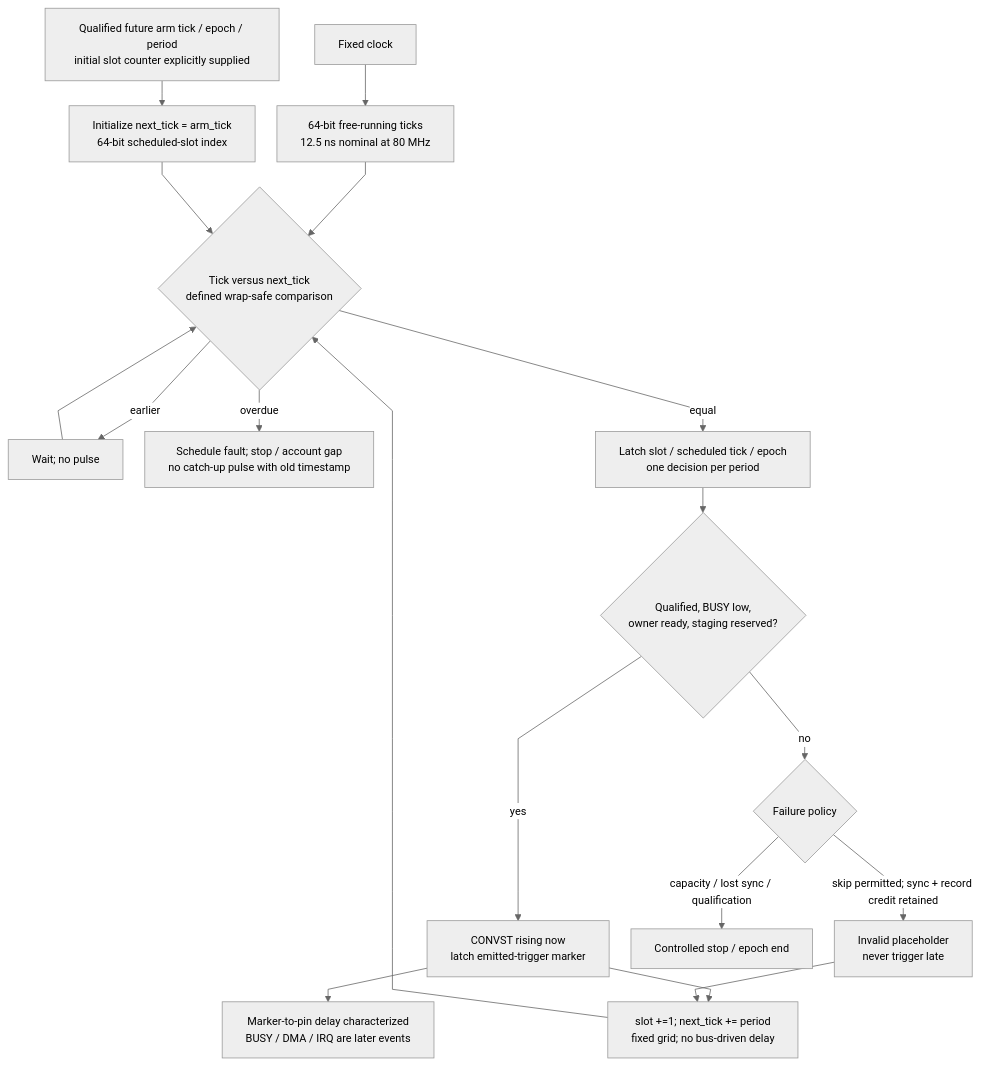
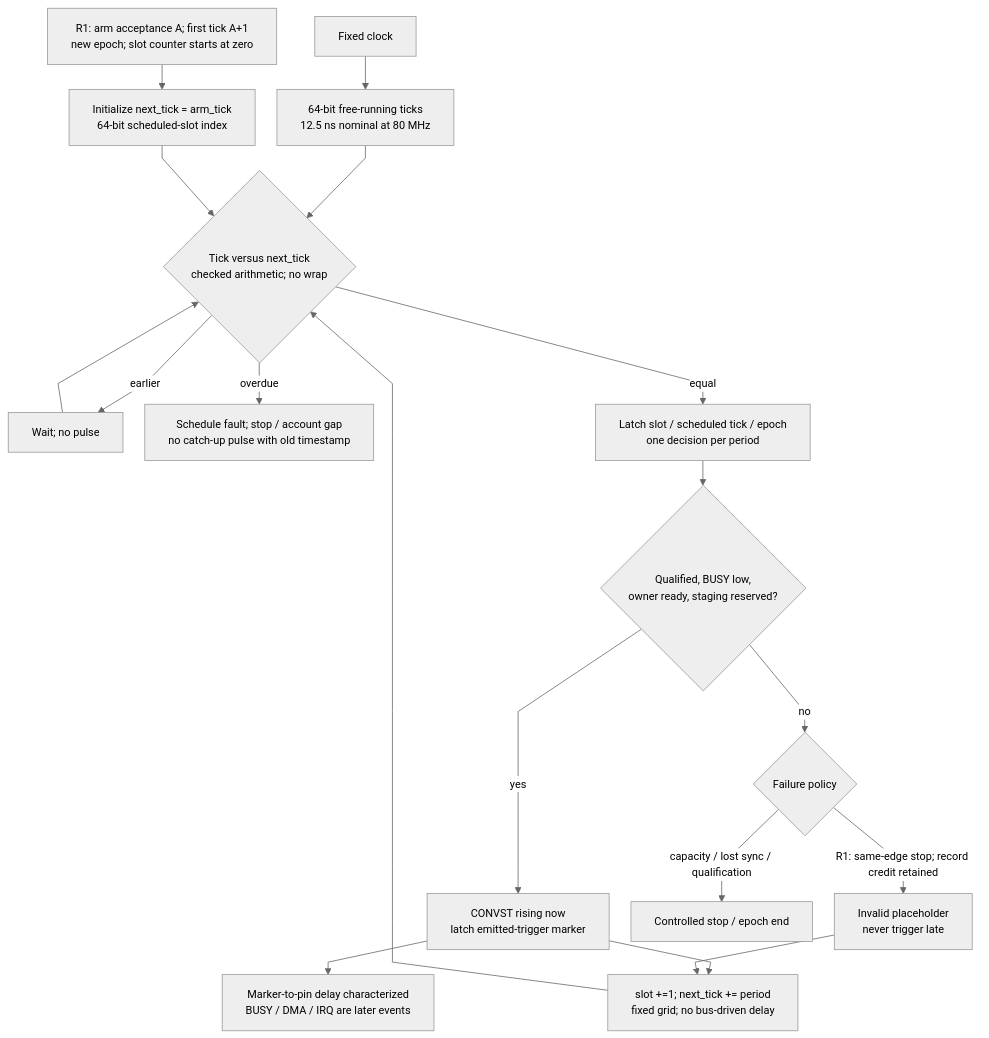
The eighth of 27 diagrams in microcontroller/acquisition/README.md (baolgn/DRG-pain-project), drawn with Mermaid before and after one commit. The commit also changed other lines of this file and 19 other files, not shown here.

````diff
--- a/microcontroller/acquisition/README.md
+++ b/microcontroller/acquisition/README.md
@@ -192,21 +197,21 @@
 ```mermaid
 %%{init: {"theme":"neutral","themeVariables":{"fontFamily":"Arial,sans-serif","fontSize":"14px"},"flowchart":{"htmlLabels":true,"minNodeWidth":0,"wrappingWidth":240,"nodeSpacing":28,"rankSpacing":32,"curve":"linear"}}}%%
 flowchart TB
     CLK["Fixed clock"] --> TICK["64-bit free-running ticks<br/>12.5 ns nominal at 80 MHz"]
-    ARM["Qualified future arm tick / epoch / period<br/>initial slot counter explicitly supplied"] --> NEXT["Initialize next_tick = arm_tick<br/>64-bit scheduled-slot index"]
-    TICK --> DUE{"Tick versus next_tick<br/>defined wrap-safe comparison"}
+    ARM["R1: arm acceptance A; first tick A+1<br/>new epoch; slot counter starts at zero"] --> NEXT["Initialize next_tick = arm_tick<br/>64-bit scheduled-slot index"]
+    TICK --> DUE{"Tick versus next_tick<br/>checked arithmetic; no wrap"}
     NEXT --> DUE
     DUE -->|"earlier"| WAIT["Wait; no pulse"]
     WAIT --> DUE
     DUE -->|"overdue"| LATE["Schedule fault; stop / account gap<br/>no catch-up pulse with old timestamp"]
     DUE -->|"equal"| SLOT["Latch slot / scheduled tick / epoch<br/>one decision per period"]
     SLOT --> READY{"Qualified, BUSY low,<br/>owner ready, staging reserved?"}
     READY -->|"yes"| TRIG["CONVST rising now<br/>latch emitted-trigger marker"]
     READY -->|"no"| WHY{"Failure policy"}
-    WHY -->|"skip permitted; sync + record credit retained"| GAP["Invalid placeholder<br/>never trigger late"]
+    WHY -->|"R1: same-edge stop; record credit retained"| GAP["Invalid placeholder<br/>never trigger late"]
     WHY -->|"capacity / lost sync / qualification"| STOP["Controlled stop / epoch end"]
     TRIG --> ADV["slot +=1; next_tick += period<br/>fixed grid; no bus-driven delay"]
     GAP --> ADV
     ADV --> DUE
     TRIG --> OFFSET["Marker-to-pin delay characterized<br/>BUSY / DMA / IRQ are later events"]
 ```
````
